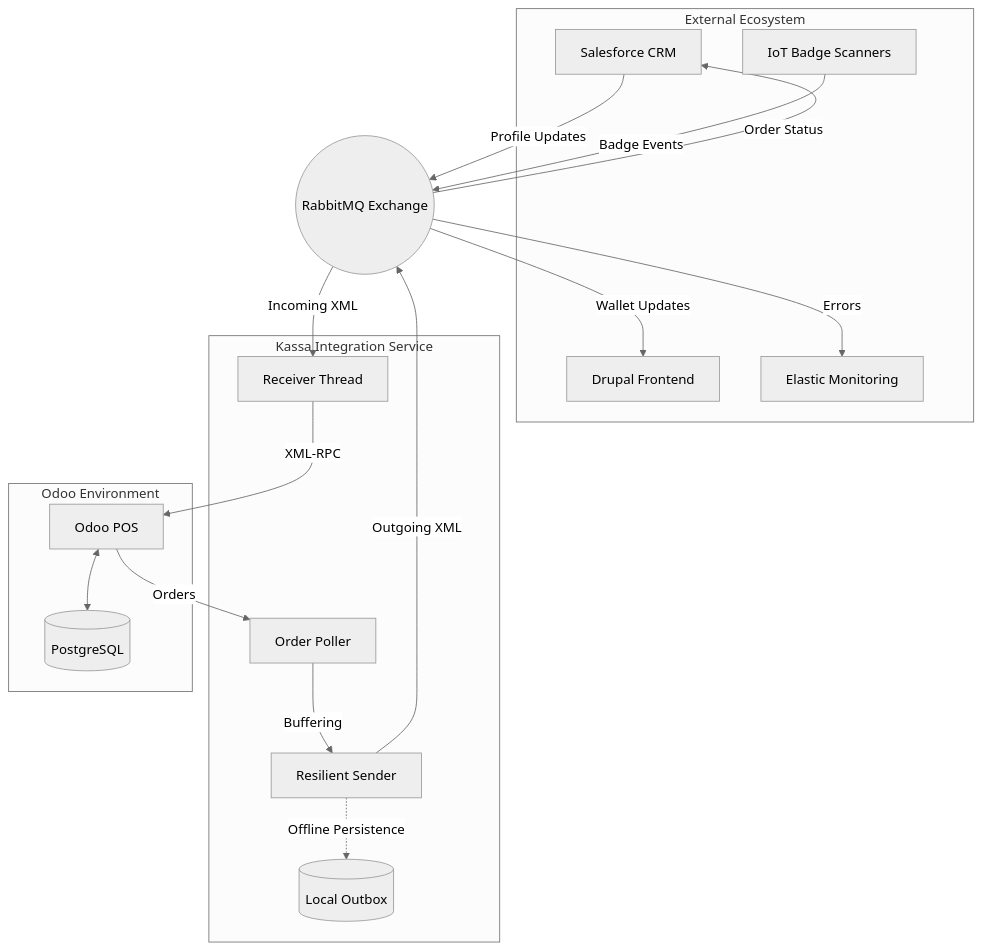
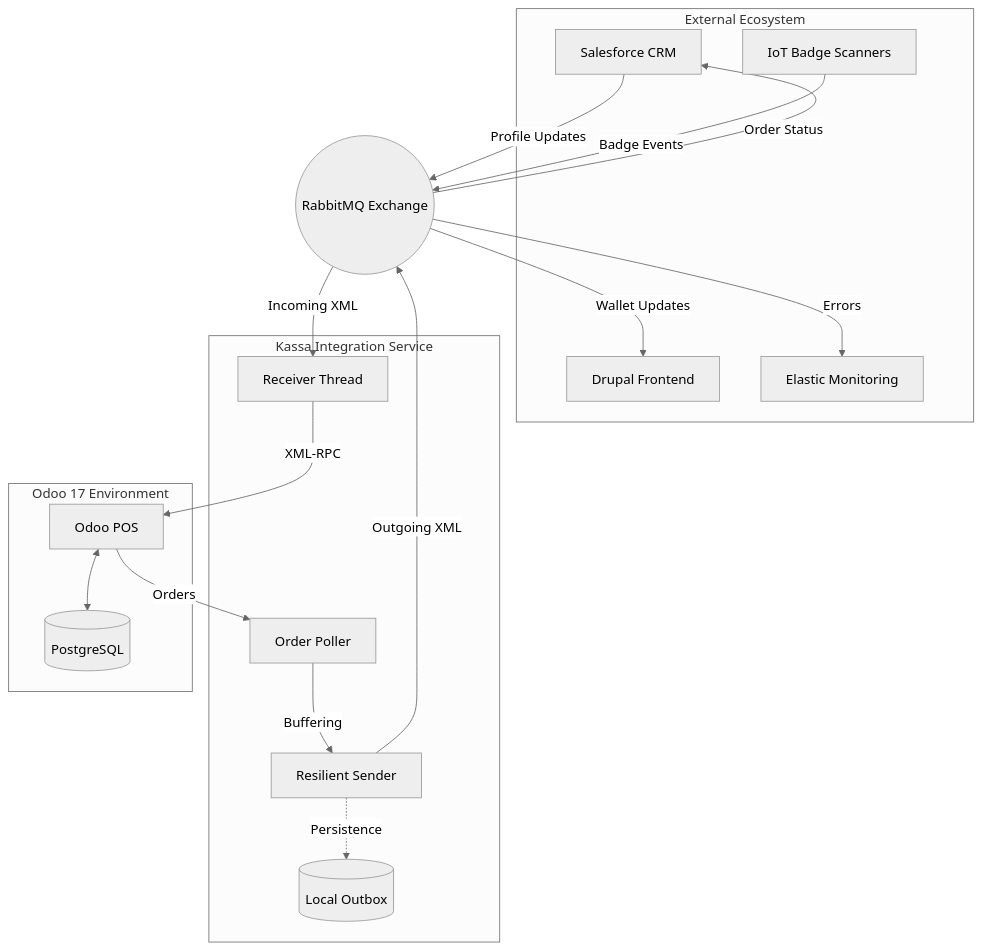
One commit to IntegrationProject-Groep1/Kassa changed the diagram in README.md. Above: the diagram before and after it, drawn with Mermaid (neutral theme). The commit also changed other lines of this file, not shown here.

Commit message:
docs: finalize elite Odoo 17 README with clarified routing and pro styling

````diff
--- a/README.md
+++ b/README.md
@@ -45,38 +47,38 @@
 ```mermaid
 graph TD
     subgraph "External Ecosystem"
         CRM[Salesforce CRM]
         IoT[IoT Badge Scanners]
         Frontend[Drupal Frontend]
         Monitor[Elastic Monitoring]
     end
 
     subgraph "Kassa Integration Service"
         Receiver[Receiver Thread]
         Poller[Order Poller]
         Sender[Resilient Sender]
         Outbox[(Local Outbox)]
     end
 
-    subgraph "Odoo Environment"
+    subgraph "Odoo 17 Environment"
         Odoo[Odoo POS]
         DB[(PostgreSQL)]
     end
 
     CRM -- "Profile Updates" --> RabbitMQ((RabbitMQ Exchange))
     IoT -- "Badge Events" --> RabbitMQ
     
     RabbitMQ -- "Incoming XML" --> Receiver
     Receiver -- "XML-RPC" --> Odoo
     
     Odoo -- "Orders" --> Poller
     Poller -- "Buffering" --> Sender
-    Sender -. "Offline Persistence" .-> Outbox
+    Sender -. "Persistence" .-> Outbox
     Sender -- "Outgoing XML" --> RabbitMQ
     
     RabbitMQ -- "Order Status" --> CRM
     RabbitMQ -- "Wallet Updates" --> Frontend
     RabbitMQ -- "Errors" --> Monitor
     
     Odoo <--> DB
 ```
````
